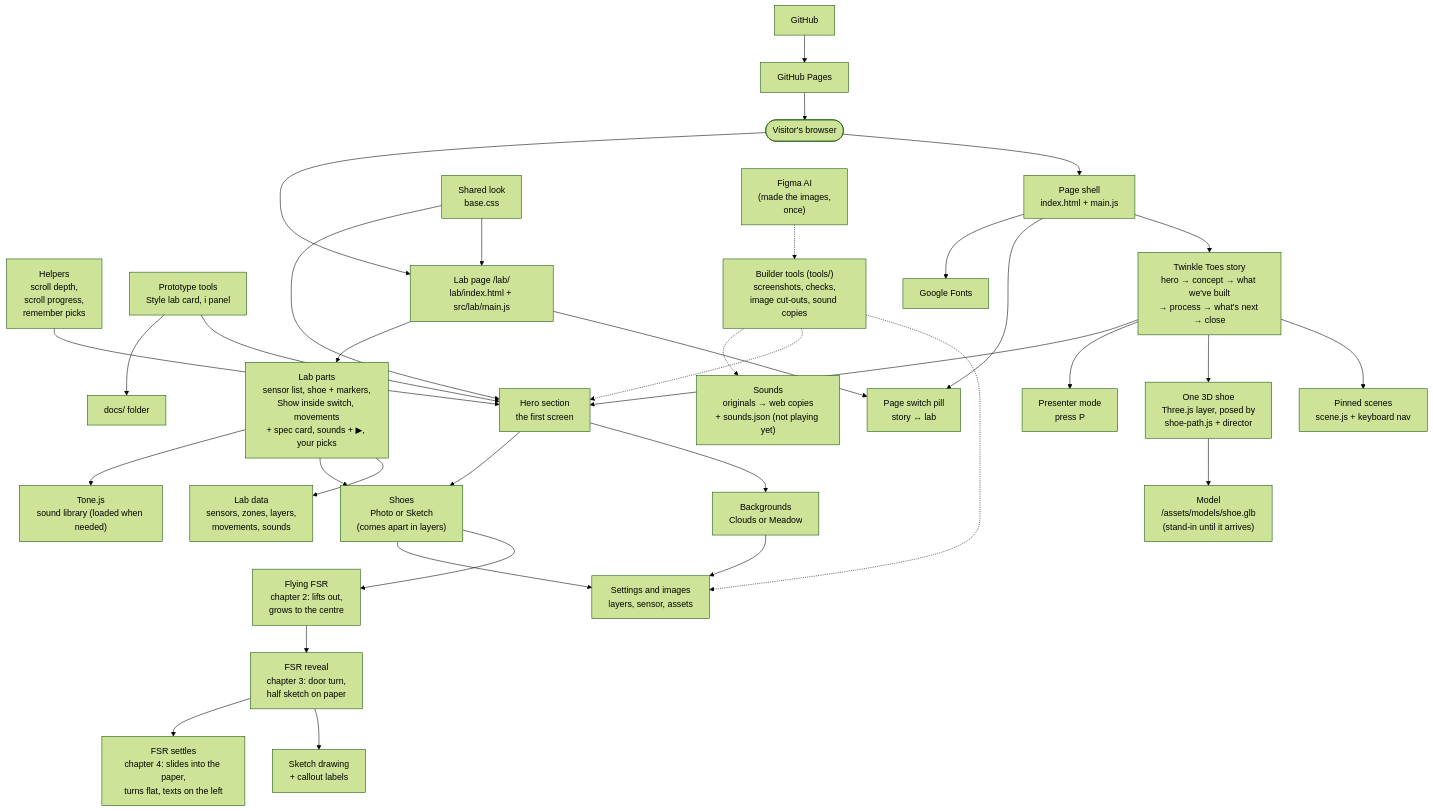
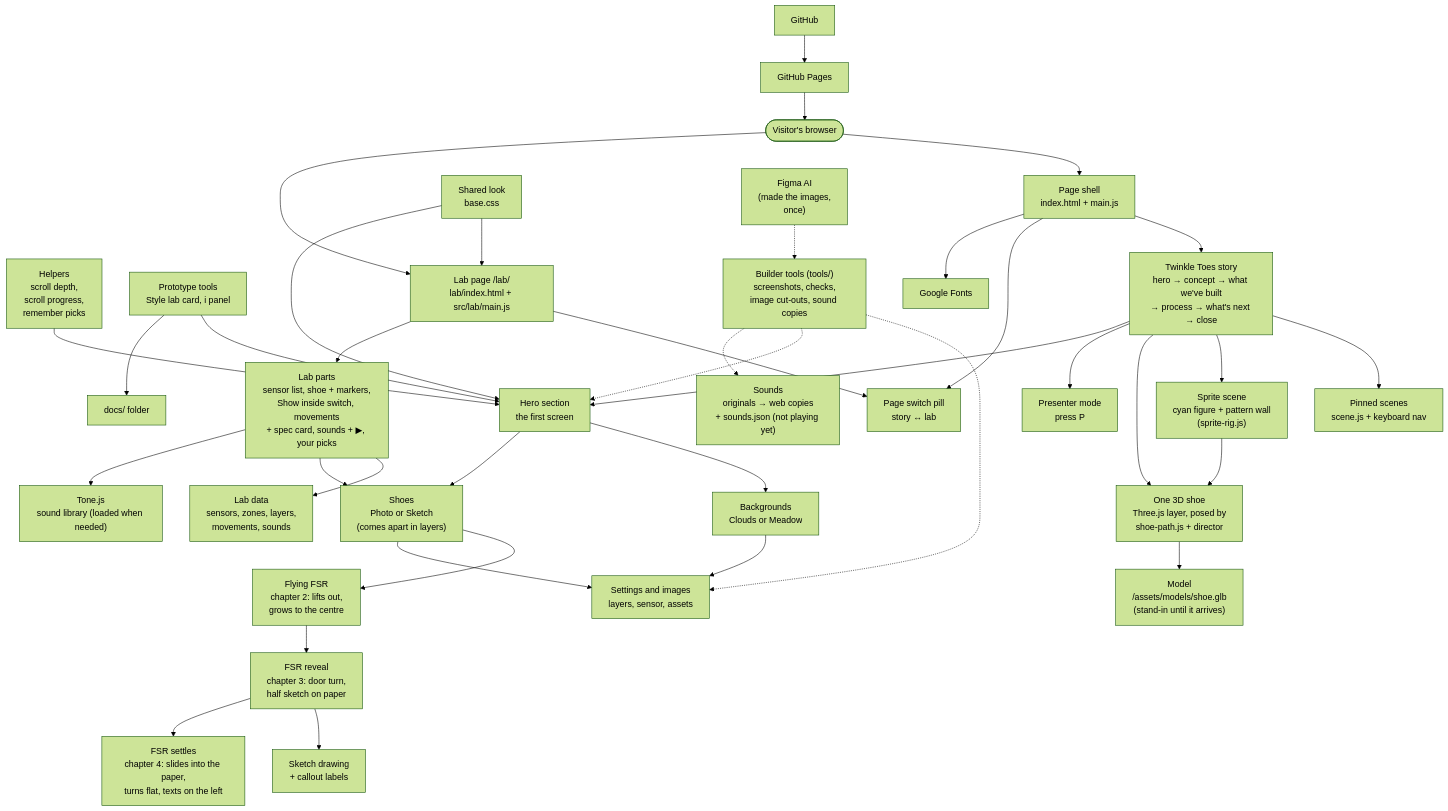
The diagram in docs/architecture.md (Veruzka/magic-shoes-presentation), drawn with Mermaid (forest theme) before and after one commit. The commit also changed other lines of this file and 2 other files, not shown here.

Commit message:
Docs: the movement sprite scene, the shoe pair, how to add a movement

````diff
--- a/docs/architecture.md
+++ b/docs/architecture.md
@@ -3,62 +3,64 @@
 ```mermaid
 flowchart TD
   visitor(["Visitor's browser"])
   page["Page shell<br/>index.html + main.js"]
   hero["Hero section<br/>the first screen"]
   bg["Backgrounds<br/>Clouds or Meadow"]
   shoe["Shoes<br/>Photo or Sketch<br/>(comes apart in layers)"]
   flight["Flying FSR<br/>chapter 2: lifts out,<br/>grows to the centre"]
   reveal["FSR reveal<br/>chapter 3: door turn,<br/>half sketch on paper"]
   sketch["Sketch drawing<br/>+ callout labels"]
   settle["FSR settles<br/>chapter 4: slides into the paper,<br/>turns flat, texts on the left"]
   data["Settings and images<br/>layers, sensor, assets"]
   helpers["Helpers<br/>scroll depth,<br/>scroll progress,<br/>remember picks"]
   styles["Shared look<br/>base.css"]
   tools["Prototype tools<br/>Style lab card, i panel"]
   lab["Lab page /lab/<br/>lab/index.html + src/lab/main.js"]
   labdata["Lab data<br/>sensors, zones, layers,<br/>movements, sounds"]
   labparts["Lab parts<br/>sensor list, shoe + markers,<br/>Show inside switch, movements<br/>+ spec card, sounds + ▶, your picks"]
   tonejs["Tone.js<br/>sound library (loaded when needed)"]
   pill["Page switch pill<br/>story ↔ lab"]
   docs["docs/ folder"]
   github["GitHub"]
   vercel["GitHub Pages"]
   fonts["Google Fonts"]
   figma["Figma AI<br/>(made the images,<br/>once)"]
   devtools["Builder tools (tools/)<br/>screenshots, checks,<br/>image cut-outs, sound copies"]
   sounds["Sounds<br/>originals → web copies<br/>+ sounds.json (not playing yet)"]
   story["Twinkle Toes story<br/>hero → concept → what we've built<br/>→ process → what's next → close"]
   scenes["Pinned scenes<br/>scene.js + keyboard nav"]
   shoe3d["One 3D shoe<br/>Three.js layer, posed by<br/>shoe-path.js + director"]
+  sprite["Sprite scene<br/>cyan figure + pattern wall<br/>(sprite-rig.js)"]
   model["Model<br/>/assets/models/shoe.glb<br/>(stand-in until it arrives)"]
   notes["Presenter mode<br/>press P"]
 
   visitor --> page --> story
   story --> scenes
+  story --> sprite --> shoe3d
   story --> shoe3d --> model
   story --> notes
   story --> hero
   visitor --> lab
   page --> pill
   lab --> pill
   lab --> labparts --> labdata
   labparts --> shoe
   labparts --> tonejs
   styles --> lab
   hero --> bg
   hero --> shoe
   shoe --> flight
   flight --> reveal --> sketch
   reveal --> settle
   bg --> data
   shoe --> data
   helpers --> hero
   styles --> hero
   tools --> hero
   tools --> docs
   page --> fonts
   github --> vercel --> visitor
   figma -.-> devtools -.-> data
   devtools -.-> hero
   devtools -.-> sounds
 ```
````
